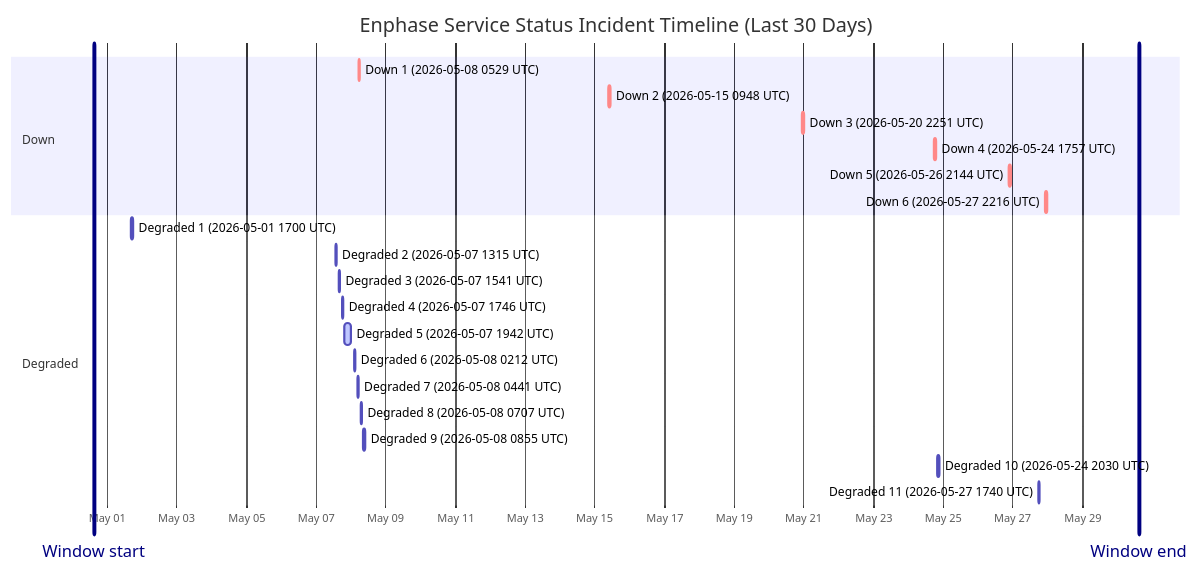
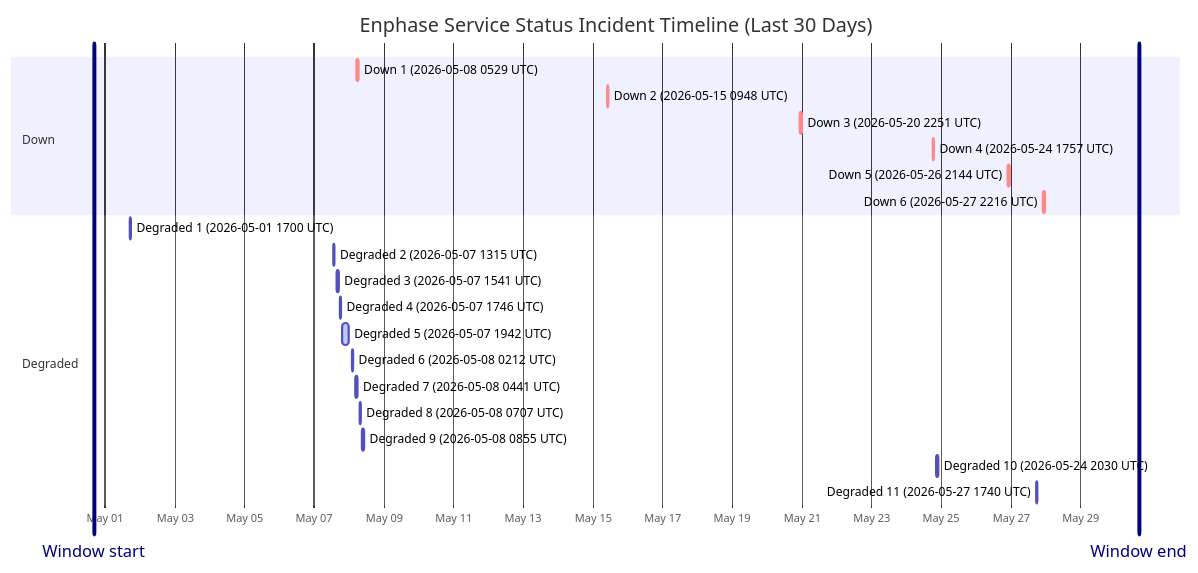
The diagram in wiki/Service-Status-History.md (barneyonline/ha-enphase-ev-charger), drawn with Mermaid before and after one commit. The commit also changed other lines of this file and 3 other files, not shown here.

````diff
--- a/wiki/Service-Status-History.md
+++ b/wiki/Service-Status-History.md
@@ -14,27 +14,27 @@
 ```mermaid
 gantt
     title Enphase Service Status Incident Timeline (Last 30 Days)
     dateFormat  YYYY-MM-DDTHH:mm:ss
     axisFormat  %b %d
-    Window start :vert, window-start, 2026-04-30T14:51:46, 0ms
-    Window end :vert, window-end, 2026-05-30T14:51:46, 0ms
+    Window start :vert, window-start, 2026-04-30T16:03:48, 0ms
+    Window end :vert, window-end, 2026-05-30T16:03:48, 0ms
     section Down
     Down 1 (2026-05-08 0529 UTC) :crit, down-1, 2026-05-08T05:29:47, 60m
     Down 2 (2026-05-15 0948 UTC) :crit, down-2, 2026-05-15T09:48:18, 60m
     Down 3 (2026-05-20 2251 UTC) :crit, down-3, 2026-05-20T22:51:14, 75m
     Down 4 (2026-05-24 1757 UTC) :crit, down-4, 2026-05-24T17:57:41, 86m
     Down 5 (2026-05-26 2144 UTC) :crit, down-5, 2026-05-26T21:44:11, 85m
     Down 6 (2026-05-27 2216 UTC) :crit, down-6, 2026-05-27T22:16:53, 87m
     section Degraded
     Degraded 1 (2026-05-01 1700 UTC) :active, degraded-1, 2026-05-01T17:00:22, 60m
     Degraded 2 (2026-05-07 1315 UTC) :active, degraded-2, 2026-05-07T13:15:25, 60m
     Degraded 3 (2026-05-07 1541 UTC) :active, degraded-3, 2026-05-07T15:41:58, 60m
     Degraded 4 (2026-05-07 1746 UTC) :active, degraded-4, 2026-05-07T17:46:51, 60m
     Degraded 5 (2026-05-07 1942 UTC) :active, degraded-5, 2026-05-07T19:42:10, 249m
     Degraded 6 (2026-05-08 0212 UTC) :active, degraded-6, 2026-05-08T02:12:39, 60m
     Degraded 7 (2026-05-08 0441 UTC) :active, degraded-7, 2026-05-08T04:41:46, 60m
     Degraded 8 (2026-05-08 0707 UTC) :active, degraded-8, 2026-05-08T07:07:30, 60m
     Degraded 9 (2026-05-08 0855 UTC) :active, degraded-9, 2026-05-08T08:55:20, 88m
     Degraded 10 (2026-05-24 2030 UTC) :active, degraded-10, 2026-05-24T20:30:57, 84m
     Degraded 11 (2026-05-27 1740 UTC) :active, degraded-11, 2026-05-27T17:40:52, 60m
 ```
````
